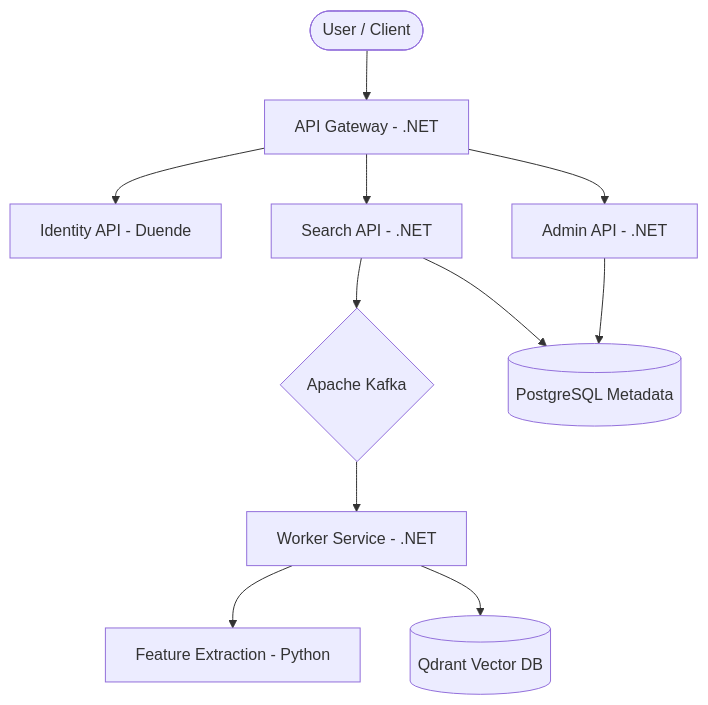
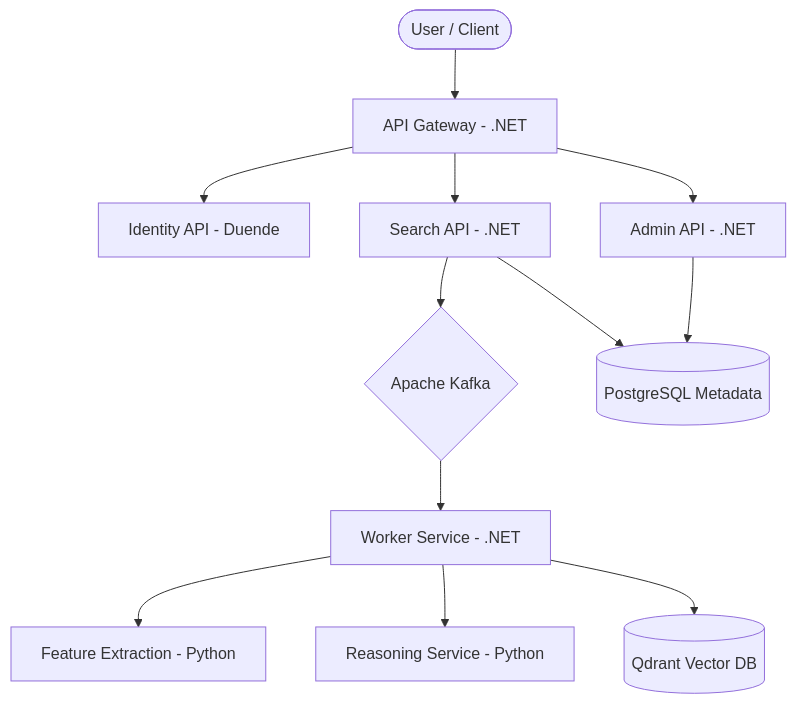
The diagram in ARCHITECTURE.md (kri-kan/deeplens), drawn with Mermaid before and after one commit. The commit also changed other lines of this file and 29 other files, not shown here.

First line of the commit message:
feat(catalog): implement reliable asynchronous image deletion flow

````diff
--- a/ARCHITECTURE.md
+++ b/ARCHITECTURE.md
@@ -26,15 +26,16 @@
 ```mermaid
 graph TD
     User([User / Client]) --> Gateway[API Gateway - .NET]
     Gateway --> Identity[Identity API - Duende]
     Gateway --> Search[Search API - .NET]
     Gateway --> Admin[Admin API - .NET]
     
     Search --> Kafka{Apache Kafka}
     Kafka --> Worker[Worker Service - .NET]
     Worker --> FeatureEx[Feature Extraction - Python]
+    Worker --> ReasoningEx[Reasoning Service - Python]
     Worker --> VectorDB[(Qdrant Vector DB)]
     
     Admin --> Metadata[(PostgreSQL Metadata)]
     Search --> Metadata
 ```
````
